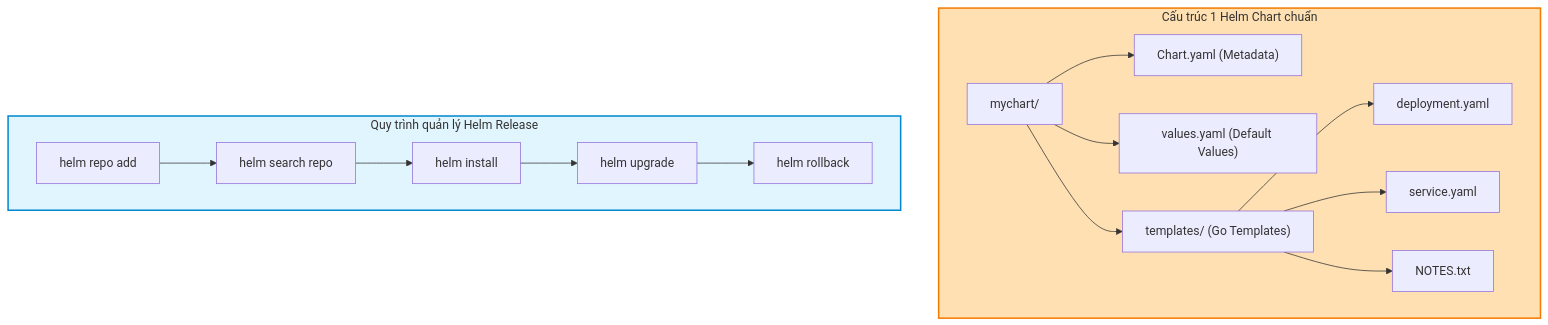
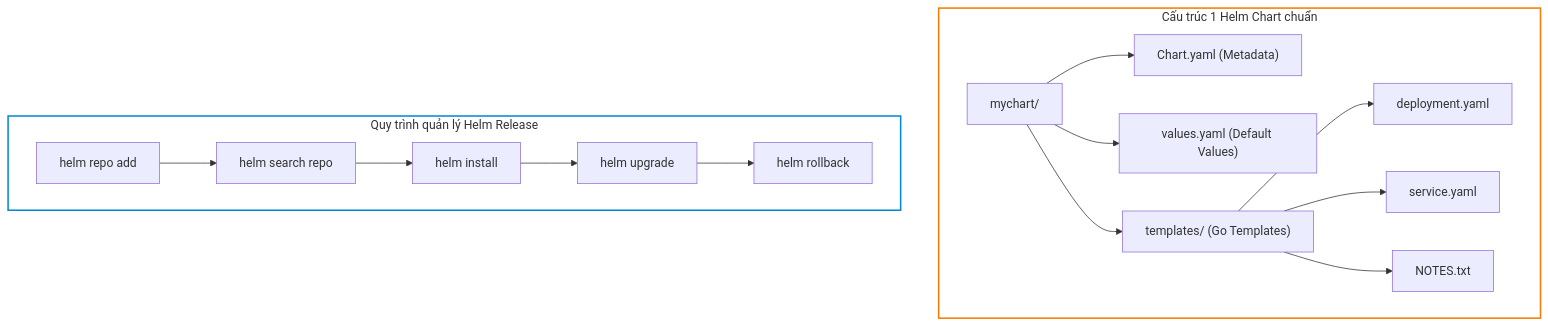
One commit to kiennt308/ntk changed the first of 3 diagrams in _posts/2026-09-12-cka-13-13-helm-va-kustomize.md. Above: the diagram before and after it, drawn with Mermaid. The commit also changed other lines of this file and 207 other files, not shown here.

Commit message:
feat(posts): batch standardize all 208 posts with TL;DR, qa-card accordion, fill:none mermaid, and liquid raw wrappers

````diff
--- a/_posts/2026-09-12-cka-13-13-helm-va-kustomize.md
+++ b/_posts/2026-09-12-cka-13-13-helm-va-kustomize.md
@@ -155,21 +159,21 @@
 ```mermaid
 graph TD
     subgraph Helm_Chart_Structure ["Cấu trúc 1 Helm Chart chuẩn"]
         CHART_DIR["mychart/"] --> CHART_YAML["Chart.yaml (Metadata)"]
         CHART_DIR --> VALUES_YAML["values.yaml (Default Values)"]
         CHART_DIR --> TEMPLATES_DIR["templates/ (Go Templates)"]
         TEMPLATES_DIR --> DEPLOY_YAML["deployment.yaml"]
         TEMPLATES_DIR --> SVC_YAML["service.yaml"]
         TEMPLATES_DIR --> NOTES_TXT["NOTES.txt"]
     end
 
     subgraph Helm_Workflow ["Quy trình quản lý Helm Release"]
         REPO["helm repo add"] --> SEARCH["helm search repo"]
         SEARCH --> INSTALL["helm install <release> <chart>"]
         INSTALL --> UPGRADE["helm upgrade <release> <chart>"]
         UPGRADE --> ROLLBACK["helm rollback <release> <revision>"]
     end
 
-    style Helm_Chart_Structure fill:#ffe0b2,stroke:#f57c00,stroke-width:2px
-    style Helm_Workflow fill:#e1f5fe,stroke:#0288d1,stroke-width:2px
+    style Helm_Chart_Structure fill:none,stroke:#f57c00,stroke-width:2px
+    style Helm_Workflow fill:none,stroke:#0288d1,stroke-width:2px
 ```
````
